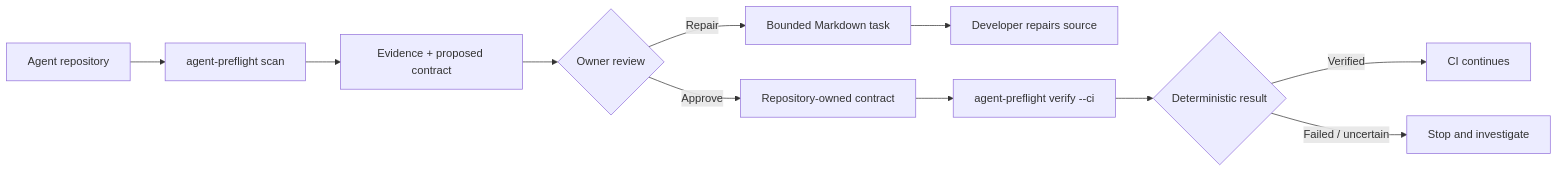
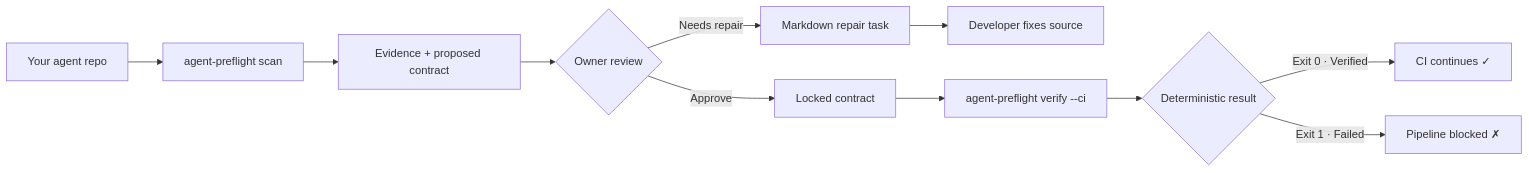
The diagram in README.md (pratikforge/AGENT-PREFLIGHT_CLI), drawn with Mermaid before and after one commit. The commit also changed other lines of this file, not shown here.

````diff
--- a/README.md
+++ b/README.md
@@ -15,13 +28,13 @@
 ```mermaid
 flowchart LR
-    A[Agent repository] --> B[agent-preflight scan]
+    A[Your agent repo] --> B["agent-preflight scan"]
     B --> C[Evidence + proposed contract]
     C --> D{Owner review}
-    D -->|Approve| E[Repository-owned contract]
-    D -->|Repair| F[Bounded Markdown task]
-    F --> G[Developer repairs source]
-    E --> H[agent-preflight verify --ci]
+    D -->|Approve| E[Locked contract]
+    D -->|Needs repair| F[Markdown repair task]
+    F --> G[Developer fixes source]
+    E --> H["agent-preflight verify --ci"]
     H --> I{Deterministic result}
-    I -->|Verified| J[CI continues]
-    I -->|Failed / uncertain| K[Stop and investigate]
+    I -->|Exit 0 · Verified| J[CI continues ✓]
+    I -->|Exit 1 · Failed| K[Pipeline blocked ✗]
 ```
````
